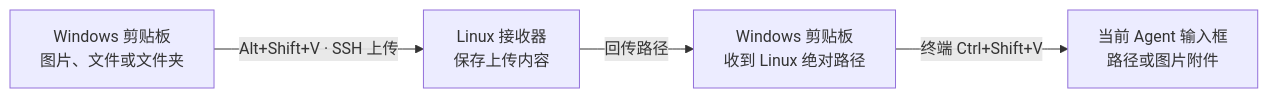
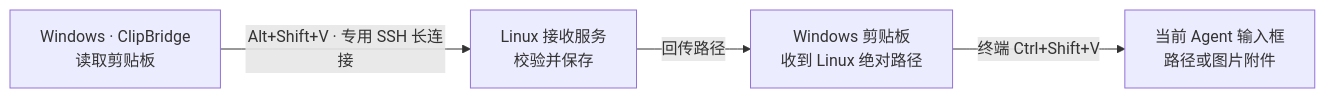
One commit to NewbieToEverything/clip-win-linux changed the first of 2 diagrams in README.zh.md. Above: the diagram before and after it, drawn with Mermaid. The commit also changed other lines of this file and 1 other file, not shown here.

Commit message:
Label the transfer components in the README diagram

````diff
--- a/README.zh.md
+++ b/README.zh.md
@@ -13,10 +13,10 @@
 ```mermaid
 flowchart LR
-    A["Windows 剪贴板<br/>图片、文件或文件夹"]
-    B["Linux 接收器<br/>保存上传内容"]
+    A["Windows · ClipBridge<br/>读取剪贴板"]
+    B["Linux 接收服务<br/>校验并保存"]
     C["Windows 剪贴板<br/>收到 Linux 绝对路径"]
     D["当前 Agent 输入框<br/>路径或图片附件"]
-    A -->|"Alt+Shift+V · SSH 上传"| B
+    A -->|"Alt+Shift+V · 专用 SSH 长连接"| B
     B -->|"回传路径"| C
     C -->|"终端 Ctrl+Shift+V"| D
 ```
````
